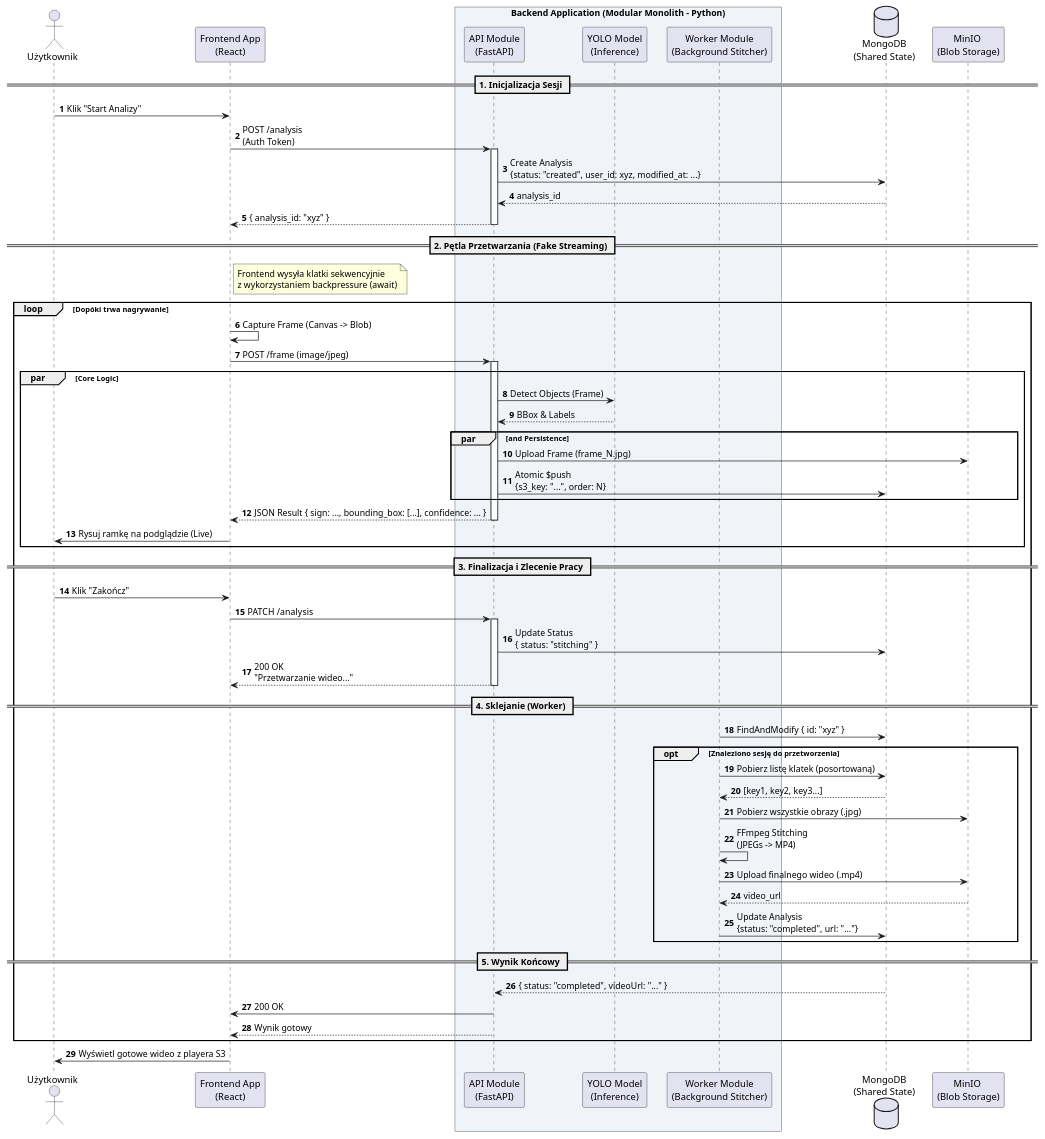
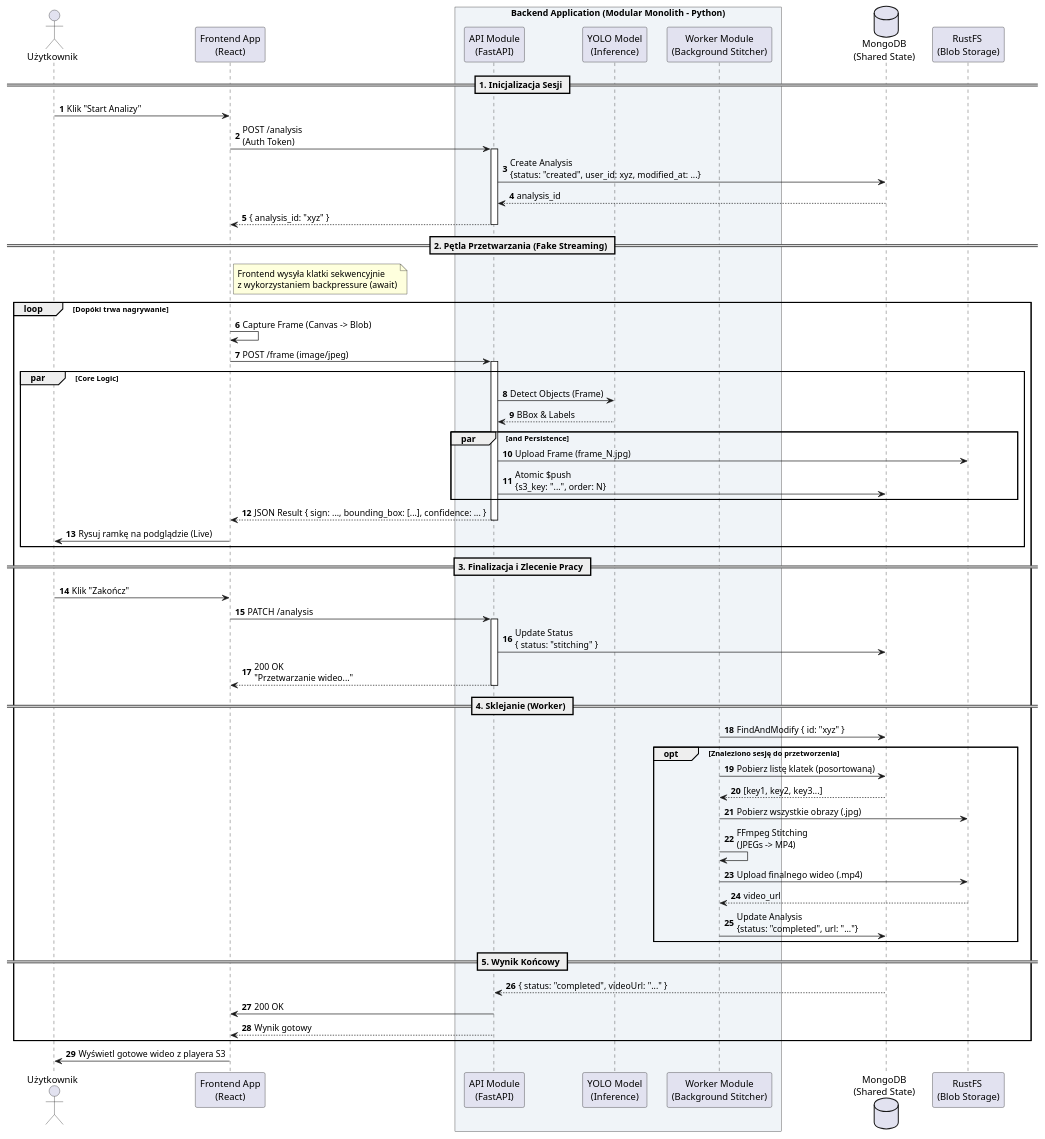
One commit to Matiar15/engin33ring-thesis changed the diagram in docs/flows/application_flow.puml. Above: the diagram before and after it, drawn with PlantUML. The commit also changed 2 other files, not shown here.

Commit message:
polish-remaining-things chore(frontend, docs): remove mocks and update storage system reference
- Delete unused mock data and helpers from the analysis feature.
- Update application flow diagram to replace MinIO with RustFS as the blob storage solution.
- Regenerate and replace the updated diagram image.

```diff
--- a/docs/flows/application_flow.puml
+++ b/docs/flows/application_flow.puml
@@ -1,84 +1,84 @@
 @startuml
 autonumber
 skinparam boxPadding 10
 skinparam participantPadding 10
 
 actor "Użytkownik" as User
 participant "Frontend App\n(React)" as Front
 
 box "Backend Application (Modular Monolith - Python)" #F0F4F8
     participant "API Module\n(FastAPI)" as API
     participant "YOLO Model\n(Inference)" as AI
     participant "Worker Module\n(Background Stitcher)" as Worker
 end box
 
 database "MongoDB\n(Shared State)" as Mongo
-participant "MinIO \n(Blob Storage)" as S3
+participant "RustFS \n(Blob Storage)" as S3
 
 == 1. Inicjalizacja Sesji ==
 User -> Front: Klik "Start Analizy"
 Front -> API: POST /analysis\n(Auth Token)
 activate API
 API -> Mongo: Create Analysis\n{status: "created", user_id: xyz, modified_at: ...}
 Mongo --> API: analysis_id
 API --> Front: { analysis_id: "xyz" }
 deactivate API
 
 == 2. Pętla Przetwarzania (Fake Streaming) ==
 note right of Front
   Frontend wysyła klatki sekwencyjnie
   z wykorzystaniem backpressure (await)
 end note
 
 loop Dopóki trwa nagrywanie
     Front -> Front: Capture Frame (Canvas -> Blob)
     Front -> API: POST /frame (image/jpeg)
     activate API
    
     ' Równoległe działania API
     par Core Logic
         API -> AI: Detect Objects (Frame)
         AI --> API: BBox & Labels
     par and Persistence
         API -> S3: Upload Frame (frame_N.jpg)
         API -> Mongo: Atomic $push\n{s3_key: "...", order: N}
     end
 
     API --> Front: JSON Result { sign: ..., bounding_box: [...], confidence: ... }
     deactivate API
    
     Front -> User: Rysuj ramkę na podglądzie (Live)
 end
 
 == 3. Finalizacja i Zlecenie Pracy ==
 User -> Front: Klik "Zakończ"
 Front -> API: PATCH /analysis
 activate API
 API -> Mongo: Update Status\n{ status: "stitching" }
 API --> Front: 200 OK \n"Przetwarzanie wideo..."
 deactivate API
 
 == 4. Sklejanie (Worker) ==
 Worker -> Mongo: FindAndModify { id: "xyz" }
 opt Znaleziono sesję do przetworzenia
     Worker -> Mongo: Pobierz listę klatek (posortowaną)
     Mongo --> Worker: [key1, key2, key3...]
 
     Worker -> S3: Pobierz wszystkie obrazy (.jpg)
     Worker -> Worker: FFmpeg Stitching\n(JPEGs -> MP4)
 
     Worker -> S3: Upload finalnego wideo (.mp4)
     S3 --> Worker: video_url
 
     Worker -> Mongo: Update Analysis\n{status: "completed", url: "..."}
 end
 
 == 5. Wynik Końcowy ==
 Mongo --> API: { status: "completed", videoUrl: "..." }
 API -> Front: 200 OK
 API --> Front: Wynik gotowy
 end
 
 Front -> User: Wyświetl gotowe wideo z playera S3
 
 @enduml
```
